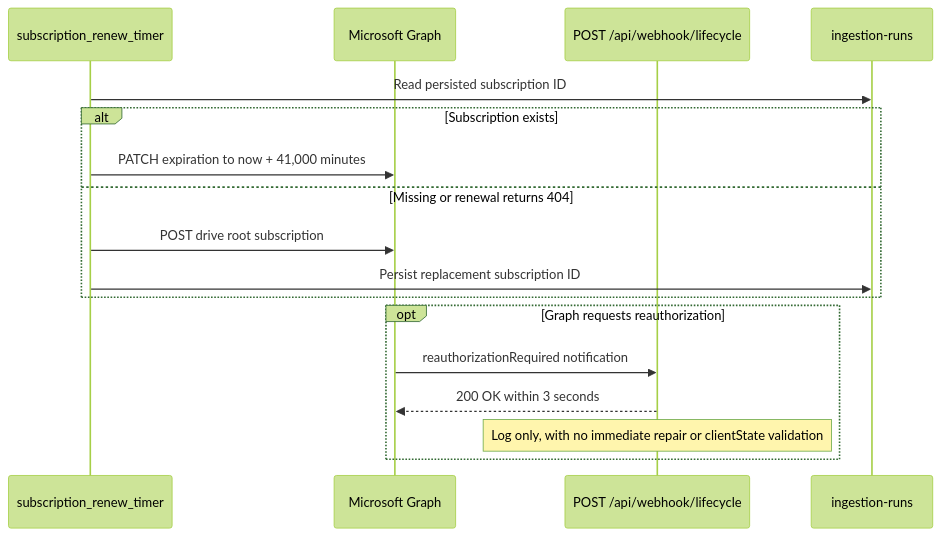
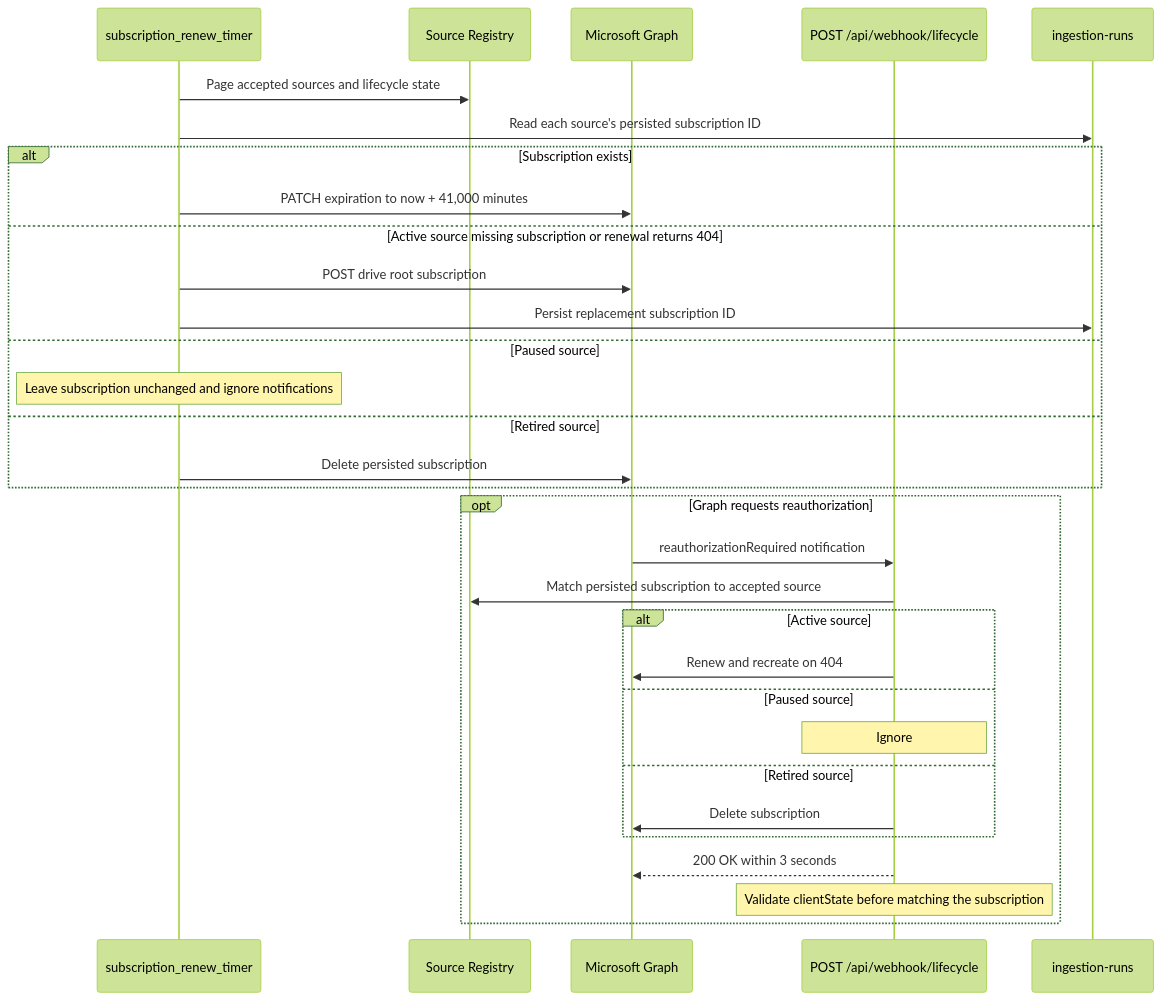
The eighth of 14 diagrams in docs/ARCHITECTURE.md (HariVamsiChittari1/enterprise-rag-pipeline), drawn with Mermaid (forest theme) before and after one commit. The commit also changed other lines of this file and 129 other files, not shown here.

````diff
--- a/docs/ARCHITECTURE.md
+++ b/docs/ARCHITECTURE.md
@@ -341,20 +435,34 @@
 ```mermaid
 sequenceDiagram
     participant Timer as subscription_renew_timer
+    participant Registry as Source Registry
     participant Graph as Microsoft Graph
     participant Hook as POST /api/webhook/lifecycle
     participant Cosmos as ingestion-runs
 
-    Timer->>Cosmos: Read persisted subscription ID
+    Timer->>Registry: Page accepted sources and lifecycle state
+    Timer->>Cosmos: Read each source's persisted subscription ID
     alt Subscription exists
         Timer->>Graph: PATCH expiration to now + 41,000 minutes
-    else Missing or renewal returns 404
+    else Active source missing subscription or renewal returns 404
         Timer->>Graph: POST drive root subscription
         Timer->>Cosmos: Persist replacement subscription ID
+    else Paused source
+        Note over Timer: Leave subscription unchanged and ignore notifications
+    else Retired source
+        Timer->>Graph: Delete persisted subscription
     end
     opt Graph requests reauthorization
         Graph->>Hook: reauthorizationRequired notification
+        Hook->>Registry: Match persisted subscription to accepted source
+        alt Active source
+            Hook->>Graph: Renew and recreate on 404
+        else Paused source
+            Note over Hook: Ignore
+        else Retired source
+            Hook->>Graph: Delete subscription
+        end
         Hook-->>Graph: 200 OK within 3 seconds
-        Note over Hook: Log only, with no immediate repair or clientState validation
+        Note over Hook: Validate clientState before matching the subscription
     end
 ```
````
